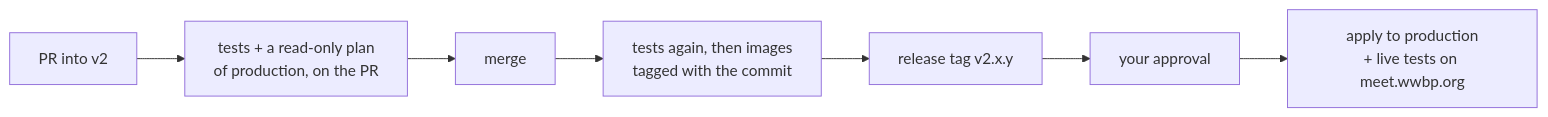
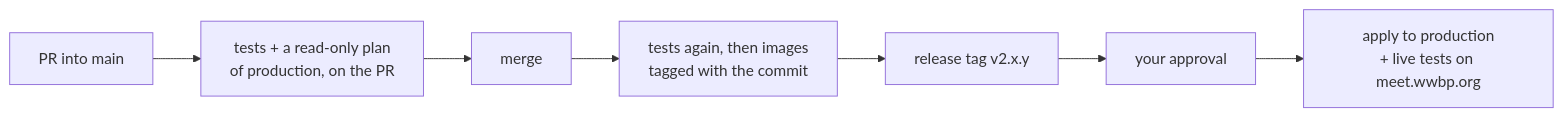
One commit to wwbp/MeetLab changed the diagram in docs/v2-deployment.md. Above: the diagram before and after it, drawn with Mermaid. The commit also changed other lines of this file and 10 other files, not shown here.

````diff
--- a/docs/v2-deployment.md
+++ b/docs/v2-deployment.md
@@ -19,9 +19,9 @@
 ```mermaid
 flowchart LR
-  PR[PR into v2] --> T[tests + a read-only plan<br/>of production, on the PR]
+  PR[PR into main] --> T[tests + a read-only plan<br/>of production, on the PR]
   T --> M[merge]
   M --> I[tests again, then images<br/>tagged with the commit]
   I --> R[release tag v2.x.y]
   R --> A[your approval]
   A --> D[apply to production<br/>+ live tests on meet.wwbp.org]
 ```
````
